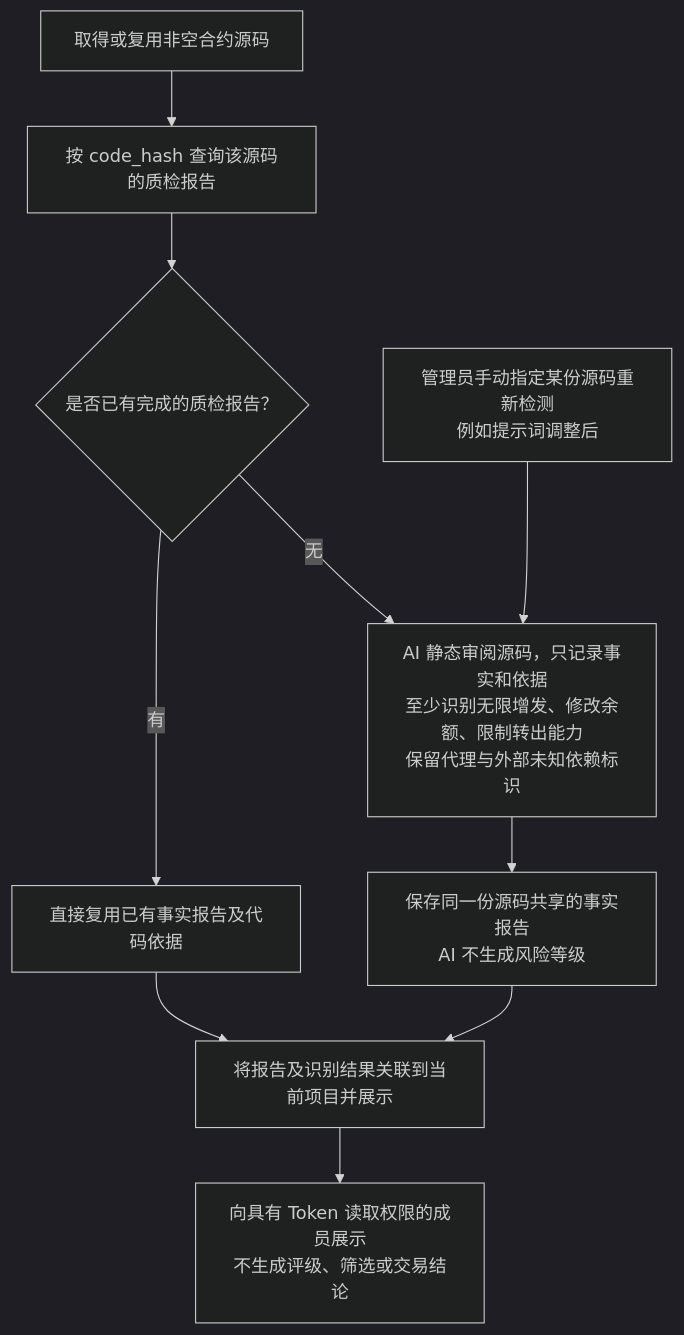
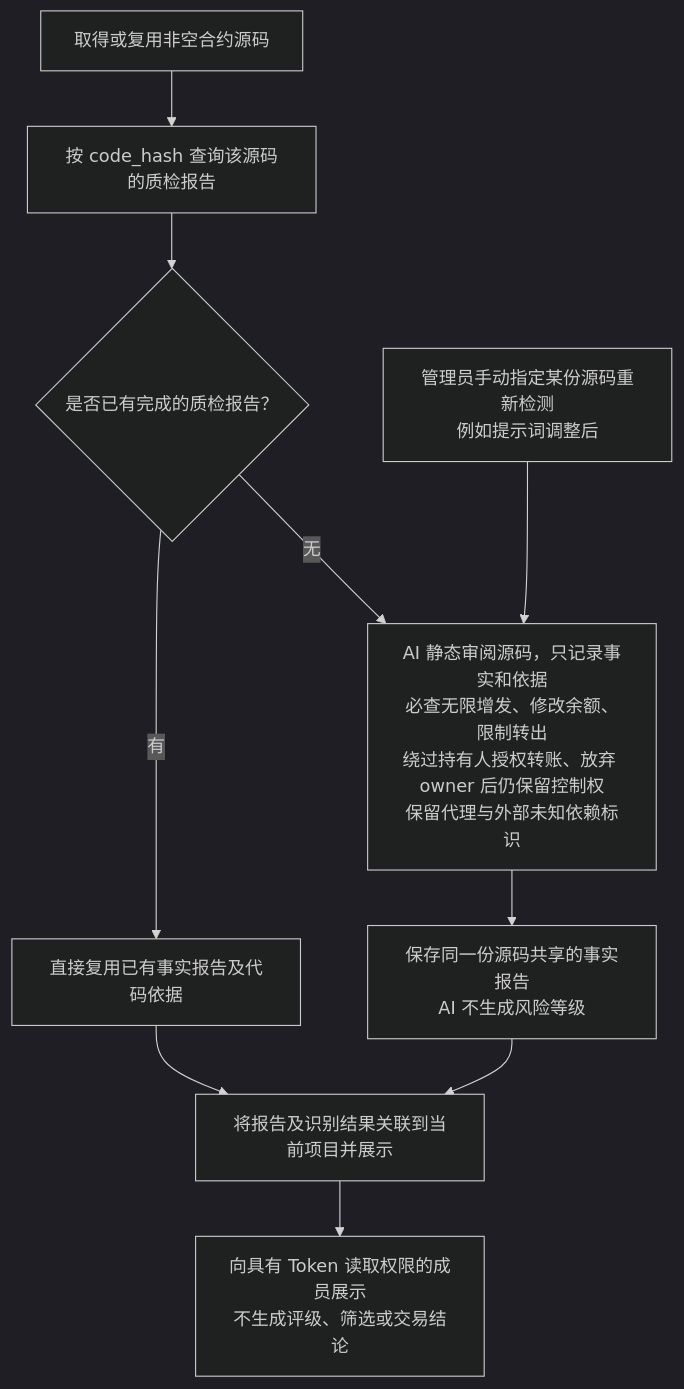
The diagram in docs/requirements/token/token-contract-review-flow.md (useryege/athena-o), drawn with Mermaid (dark theme) before and after one commit. The commit also changed other lines of this file and 6 other files, not shown here.

````diff
--- a/docs/requirements/token/token-contract-review-flow.md
+++ b/docs/requirements/token/token-contract-review-flow.md
@@ -17,12 +17,12 @@
 ```mermaid
 flowchart TD
     A["取得或复用非空合约源码"] --> B["按 code_hash 查询该源码的质检报告"]
     B --> C{"是否已有完成的质检报告？"}
     C -->|有| D["直接复用已有事实报告及代码依据"]
-    C -->|无| E["AI 静态审阅源码，只记录事实和依据<br/>至少识别无限增发、修改余额、限制转出能力<br/>保留代理与外部未知依赖标识"]
+    C -->|无| E["AI 静态审阅源码，只记录事实和依据<br/>必查无限增发、修改余额、限制转出<br/>绕过持有人授权转账、放弃 owner 后仍保留控制权<br/>保留代理与外部未知依赖标识"]
     ADMIN["管理员手动指定某份源码重新检测<br/>例如提示词调整后"] --> E
     E --> F["保存同一份源码共享的事实报告<br/>AI 不生成风险等级"]
     D --> G["将报告及识别结果关联到当前项目并展示"]
     F --> G
     G --> J["向具有 Token 读取权限的成员展示<br/>不生成评级、筛选或交易结论"]
 ```
````
